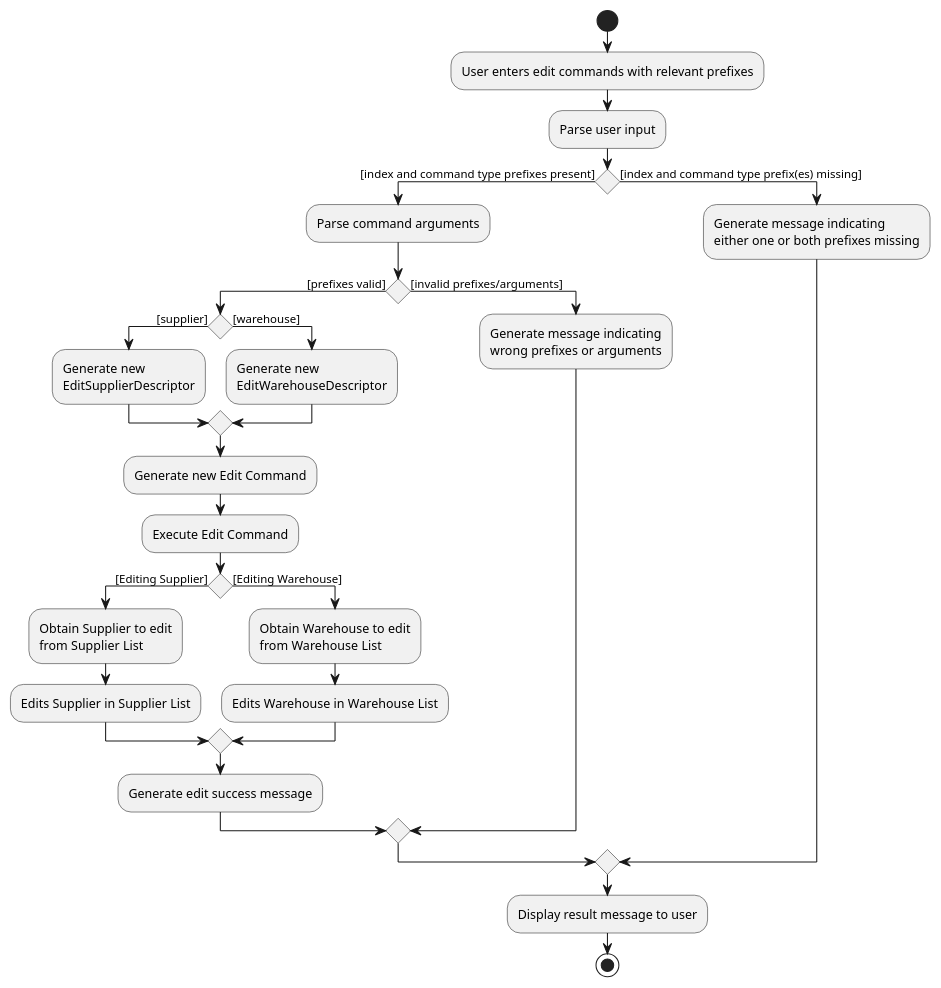
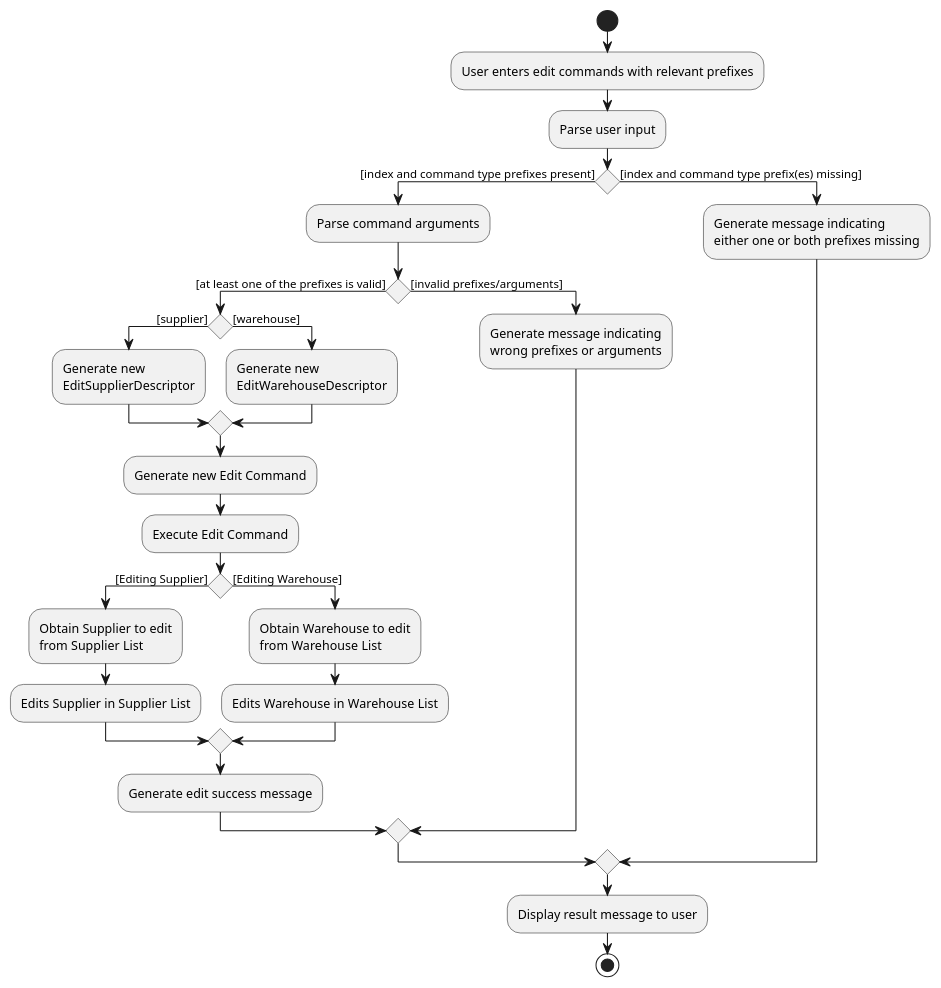
Before and after one commit to tohyuting/tp: the diagram in docs/diagrams/EditCommandActivityDiagram.puml, drawn with PlantUML. The commit also changed 5 other files, not shown here.

```diff
--- a/docs/diagrams/EditCommandActivityDiagram.puml
+++ b/docs/diagrams/EditCommandActivityDiagram.puml
@@ -1,43 +1,43 @@
 @startuml
 start
 :User enters edit commands with relevant prefixes;
 :Parse user input;
 
 'Since the beta syntax does not support placing the condition outside the
 'diamond we place it as the true branch instead.
 
 if () then ([index and command type prefixes present])
     :Parse command arguments;
-    if () then([prefixes valid])
+    if () then([at least one of the prefixes is valid])
         if () then([supplier])
         :Generate new
         EditSupplierDescriptor;
         else ([warehouse])
         :Generate new
         EditWarehouseDescriptor;
         endif
 
         :Generate new Edit Command;
         :Execute Edit Command;
 
         if () then([Editing Supplier])
         :Obtain Supplier to edit
         from Supplier List;
         :Edits Supplier in Supplier List;
         else ([Editing Warehouse])
         :Obtain Warehouse to edit
         from Warehouse List;
         :Edits Warehouse in Warehouse List;
         endif
         :Generate edit success message;
     else ([invalid prefixes/arguments])
     :Generate message indicating
     wrong prefixes or arguments;
     endif
 else ([index and command type prefix(es) missing])
     :Generate message indicating
     either one or both prefixes missing;
 endif
 :Display result message to user;
 stop
 @enduml
```
